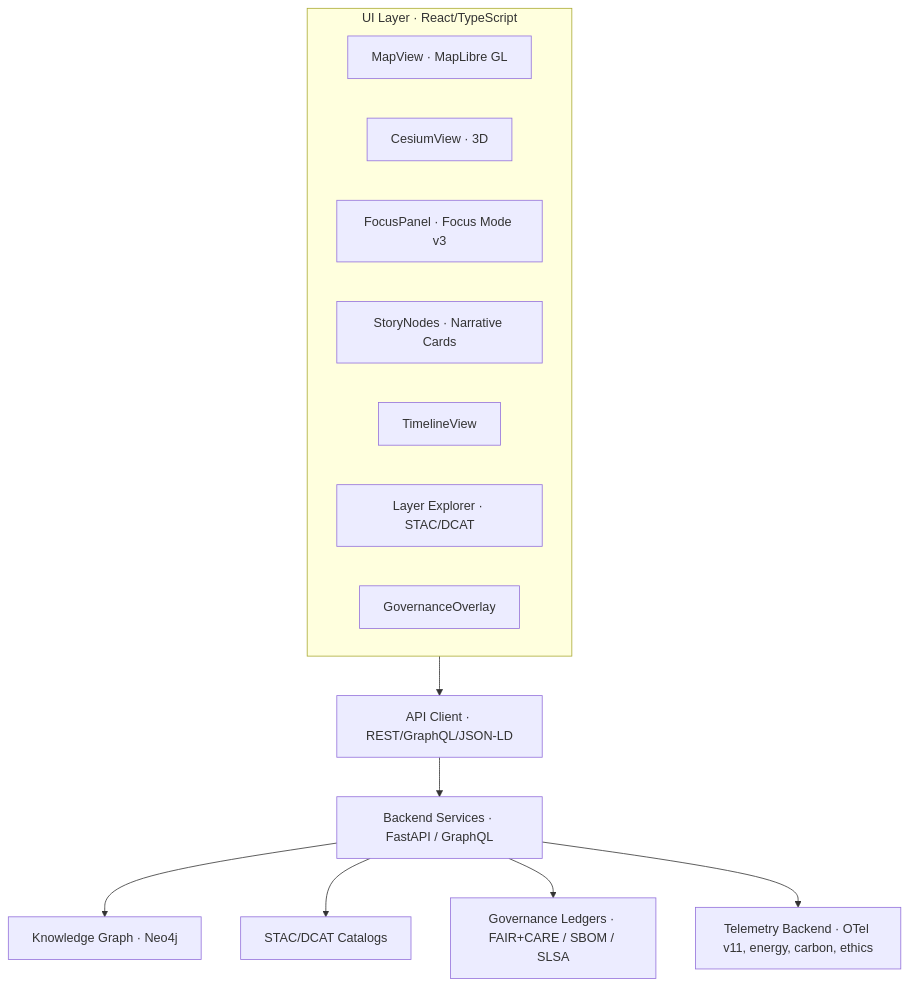
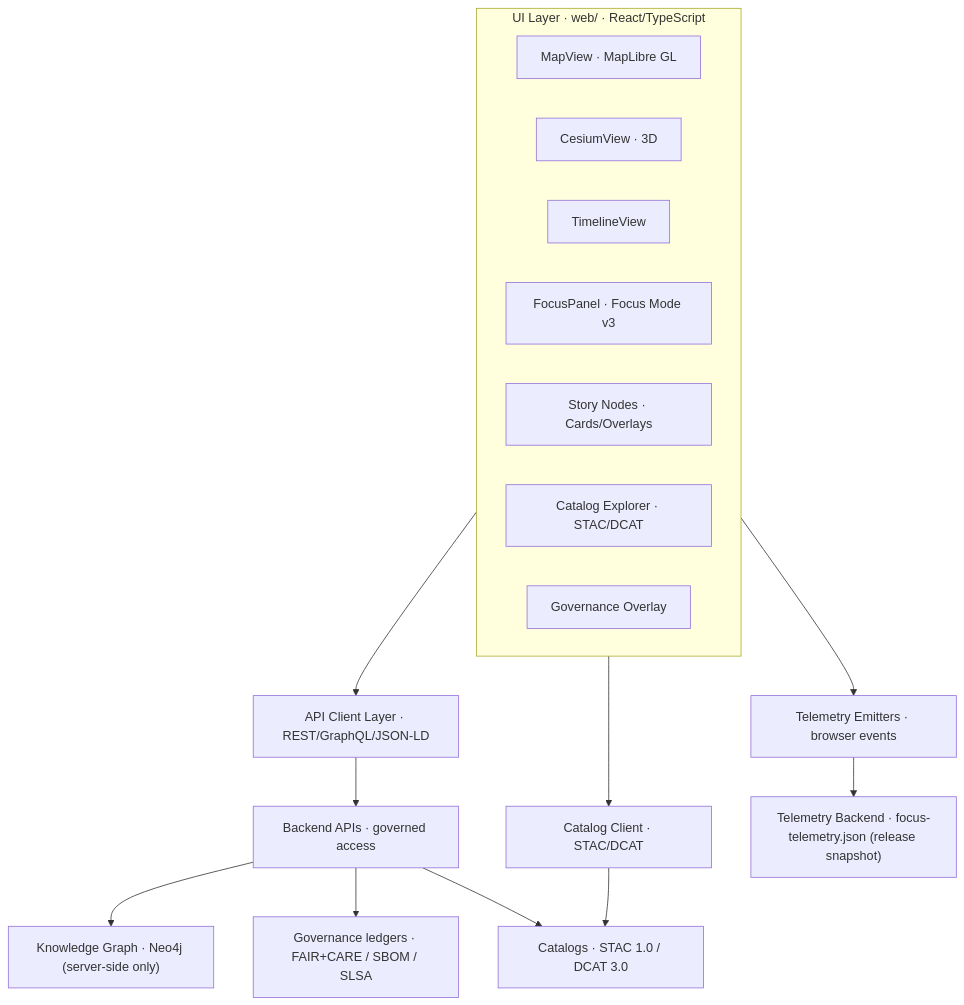
Before and after one commit to bartytime4life/Kansas-Frontier-Matrix: the first of 2 diagrams in web/README.md, drawn with Mermaid. The commit also changed other lines of this file, not shown here.

````diff
--- a/web/README.md
+++ b/web/README.md
@@ -202,19 +273,25 @@
-```mermaid
+~~~mermaid
 flowchart TD
-    subgraph UI["UI Layer · React/TypeScript"]
-      MV["MapView · MapLibre GL"]
-      CV["CesiumView · 3D"]
-      FP["FocusPanel · Focus Mode v3"]
-      SN["StoryNodes · Narrative Cards"]
-      TL["TimelineView"]
-      LX["Layer Explorer · STAC/DCAT"]
-      GOV["GovernanceOverlay"]
-    end
+  subgraph UI["UI Layer · web/ · React/TypeScript"]
+    MV["MapView · MapLibre GL"]
+    CV["CesiumView · 3D"]
+    TL["TimelineView"]
+    FP["FocusPanel · Focus Mode v3"]
+    SN["Story Nodes · Cards/Overlays"]
+    LX["Catalog Explorer · STAC/DCAT"]
+    GOV["Governance Overlay"]
+  end
 
-    UI --> API["API Client · REST/GraphQL/JSON-LD"]
-    API --> BE["Backend Services · FastAPI / GraphQL"]
-    BE --> KG["Knowledge Graph · Neo4j"]
-    BE --> STAC["STAC/DCAT Catalogs"]
-    BE --> GOVDB["Governance Ledgers · FAIR+CARE / SBOM / SLSA"]
-    BE --> TEL["Telemetry Backend · OTel v11, energy, carbon, ethics"]
-```
+  UI --> AC["API Client Layer · REST/GraphQL/JSON-LD"]
+  UI --> SC["Catalog Client · STAC/DCAT"]
+
+  AC --> API["Backend APIs · governed access"]
+  API --> KG["Knowledge Graph · Neo4j (server-side only)"]
+  API --> LEDGER["Governance ledgers · FAIR+CARE / SBOM / SLSA"]
+
+  SC --> CATALOGS["Catalogs · STAC 1.0 / DCAT 3.0"]
+  API --> CATALOGS
+
+  UI --> OTEL["Telemetry Emitters · browser events"]
+  OTEL --> TEL["Telemetry Backend · focus-telemetry.json (release snapshot)"]
+~~~
````
